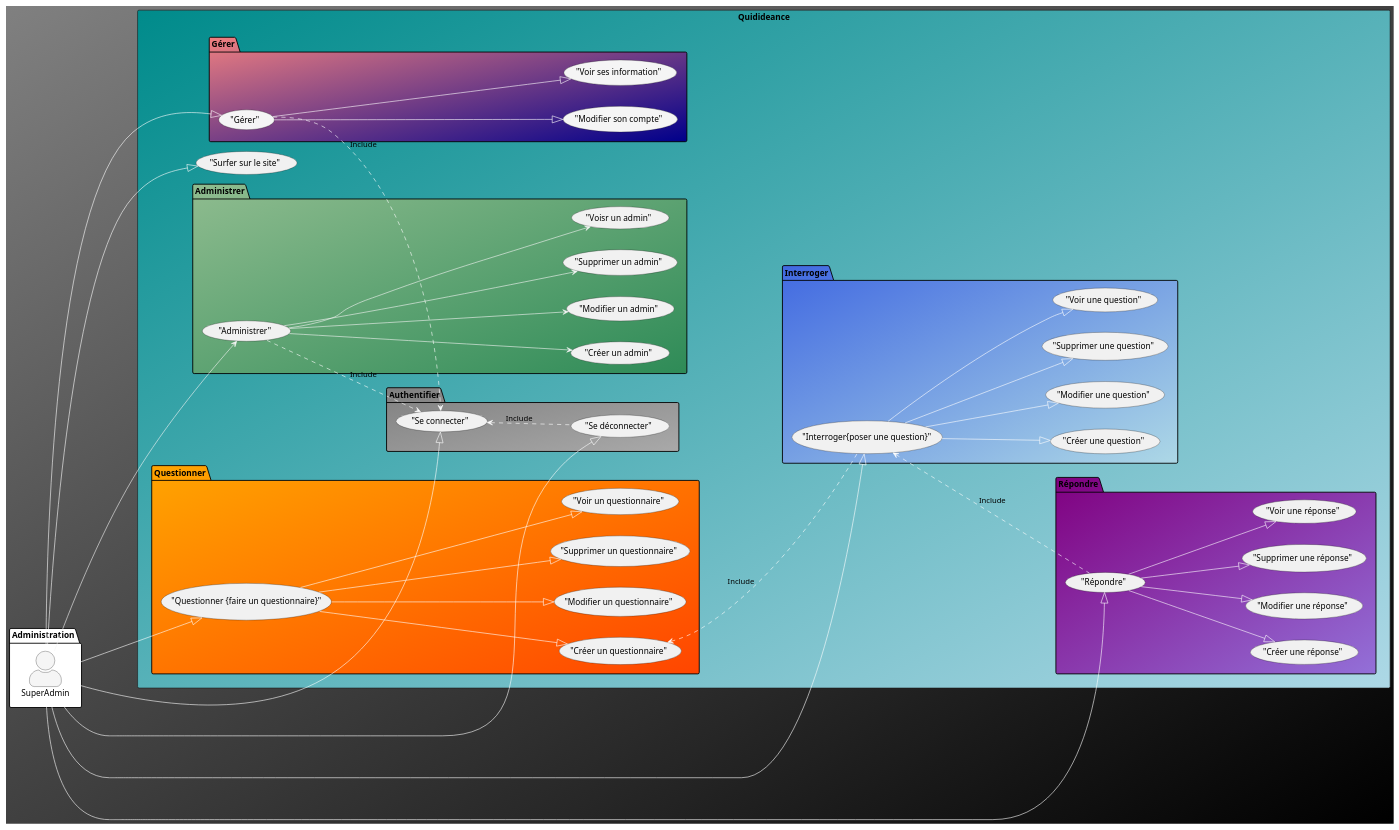
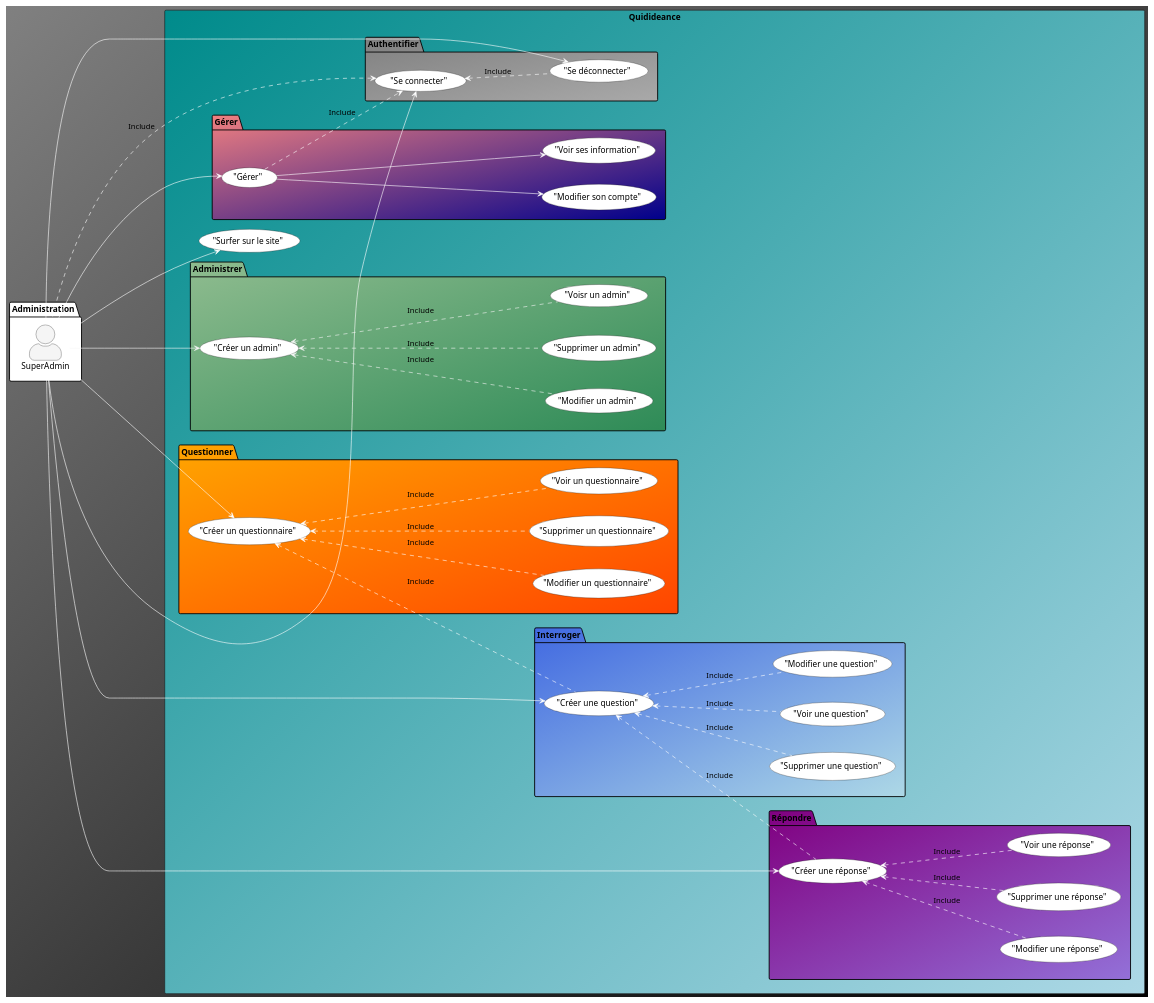
Before and after one commit to nwehla/QuidideanceTest: the diagram in documents/analyse_uml/diagramme_use_case/use_case_superadmin.wsd, drawn with PlantUML. The commit also changed 1 other file, not shown here.

```diff
--- a/documents/analyse_uml/diagramme_use_case/use_case_superadmin.wsd
+++ b/documents/analyse_uml/diagramme_use_case/use_case_superadmin.wsd
@@ -1,112 +1,94 @@
 @startuml Codecouleur
 left to right direction
 skinparam actorStyle awesome
 skinparam backgroundcolor Grey/Black
 skinparam classBackgroundColor Wheat|CornflowerBlue
 package Administration #White{
     actor SuperAdmin as SUPADMIN #WhiteSmoke
 }
 
 
 Rectangle Quidideance #DarkCyan/LightBlue {
 
-    ("Surfer sur le site") as SURF
+    ("Surfer sur le site") as SURF #White
     
 package Administrer #DarkSeaGreen/SeaGreen{
-    ("Administrer") as ADM 
-    ("Créer un admin") as ADMNEW 
-    ("Modifier un admin") as ADMEDIT 
-    ("Supprimer un admin") as ADMDELETE 
-    ("Voisr un admin") as ADMSHOW 
+    ("Créer un admin") as ADMNEW #White
+    ("Modifier un admin") as ADMEDIT #White
+    ("Supprimer un admin") as ADMDELETE #White
+    ("Voisr un admin") as ADMSHOW #White
 }    
 package Interroger #RoyalBlue/LightBlue {
 
-    ("Interroger{poser une question}") as INT 
-    ("Créer une question") as INTNEW 
-    ("Modifier une question") as INTEDIT 
-    ("Supprimer une question") as INTDELETE 
-    ("Voir une question") as INTSHOW
+    ("Créer une question") as INTNEW #White
+    ("Modifier une question") as INTEDIT #White
+    ("Supprimer une question") as INTDELETE #White
+    ("Voir une question") as INTSHOW #White
 }
 package Questionner #Orange/OrangeRed {
 
-    ("Questionner {faire un questionnaire}") as QUE  
-    ("Créer un questionnaire") as QUENEW 
-    ("Modifier un questionnaire") as QUEEDIT 
-    ("Supprimer un questionnaire") as QUEDELETE 
-    ("Voir un questionnaire") as QUESHOW 
+    ("Créer un questionnaire") as QUENEW #White
+    ("Modifier un questionnaire") as QUEEDIT #White
+    ("Supprimer un questionnaire") as QUEDELETE #White
+    ("Voir un questionnaire") as QUESHOW #White
 }
 package Répondre #Purple/MediumPurple {
 
-    ("Répondre") as REP 
-    ("Créer une réponse") as REPNEW 
-    ("Modifier une réponse") as REPEDIT 
-    ("Supprimer une réponse") as REPDELETE 
-    ("Voir une réponse") as REPSHOW 
+    ("Créer une réponse") as REPNEW #White
+    ("Modifier une réponse") as REPEDIT #White
+    ("Supprimer une réponse") as REPDELETE #White
+    ("Voir une réponse") as REPSHOW #White
 }
 package Gérer #LightCoral/DarkBlue {
 
-    ("Gérer") as GER #WhiteSmoke
-    ("Modifier son compte") as GEREDIT #WhiteSmoke
-    ("Voir ses information") as GERSHOW #WhiteSmoke
+    ("Gérer") as GER #White
+    ("Modifier son compte") as GEREDIT #White
+    ("Voir ses information") as GERSHOW #White
 }
 
 package Authentifier #Grey/DarkGrey {
 
-    ("Se connecter") as CON
-    ("Se déconnecter") as DEC
+    ("Se connecter") as CON #White
+    ("Se déconnecter") as DEC #White
 }
 
 
-    SUPADMIN--left-|>CON #White
-    SUPADMIN--left-|>DEC #White
-    SUPADMIN---|>SURF #White
+    SUPADMIN--left->CON #White
+    SUPADMIN--left->DEC #White
+    SUPADMIN--->SURF #White
 
 
 
-    SUPADMIN---|>QUE #White
-    QUE---|>QUENEW #White
-    QUE---|>QUEEDIT #White
-    QUE---|>QUEDELETE #White
-    QUE---|>QUESHOW #White 
+    SUPADMIN--->QUENEW #White
+    QUENEW<..-QUEEDIT #White : Include
+    QUENEW<..-QUEDELETE #White : Include
+    QUENEW<..-QUESHOW #White : Include
 
-    SUPADMIN---|>INT #White
-    INT---|>INTNEW #White
-    INT---|>INTEDIT #White
-    INT---|>INTDELETE #White
-    INT---|>INTSHOW #White
+    SUPADMIN--->INTNEW #White
+    INTNEW<..-INTEDIT #White : Include
+    INTNEW<..-INTDELETE #White : Include
+    INTNEW<..-INTSHOW #White : Include
 
-    SUPADMIN---|>REP #White
-    REP---|>REPNEW #White
-    REP---|>REPEDIT #White
-    REP---|>REPDELETE #White
-    REP---|>REPSHOW #White
+    SUPADMIN--->REPNEW #White
+    REPNEW<..-REPEDIT #White : Include
+    REPNEW<..-REPDELETE #White : Include
+    REPNEW<..-REPSHOW #White : Include
 
-    SUPADMIN--right-|>GER #White
-    GER---|>GEREDIT #White
-    GER---|>GERSHOW #White
+    SUPADMIN--right->GER #White
+    GER--->GEREDIT #White
+    GER--->GERSHOW #White
 
-    SUPADMIN----->ADM #WhiteSmoke
-    ADM--->ADMNEW #WhiteSmoke
-    ADM--->ADMEDIT #WhiteSmoke
-    ADM--->ADMDELETE #WhiteSmoke
-    ADM--->ADMSHOW #WhiteSmoke
+    SUPADMIN--->ADMNEW #WhiteSmoke
+    ADMNEW<..-ADMEDIT #WhiteSmoke : Include
+    ADMNEW<..-ADMDELETE #WhiteSmoke : Include
+    ADMNEW<..-ADMSHOW #WhiteSmoke : Include
 
     CON<.-DEC #White : Include 
-    ADM-.>CON #White : Include
+    SUPADMIN-.>CON #White : Include
     GER-.>CON #White : Include
-    QUENEW<..-INT #White : Include
-    INT<..-REP #White : Include
-    
-    
-    
-    
-    
+    QUENEW<..-INTNEW #White : Include
+    INTNEW<..-REPNEW #White : Include
 
-
-
-      
-    
-  
 }
 
 @enduml
```
